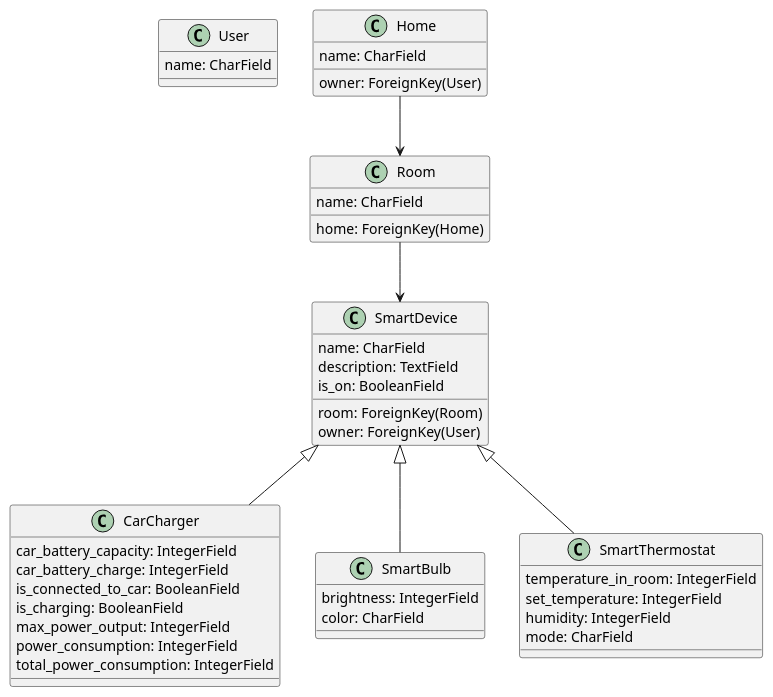
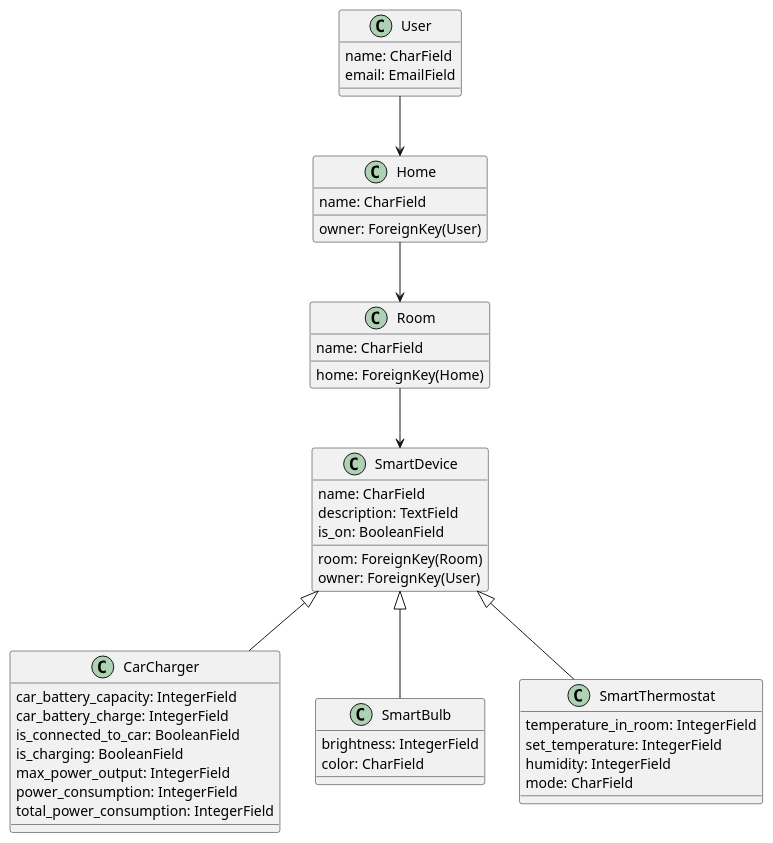
The diagram in homeapp/EasyHome.puml (StefanBStrand/SETGruppe11HIOF), drawn with PlantUML before and after one commit.

Commit message:
Lagt på siste variablene på User i klassediagramet

```diff
--- a/homeapp/EasyHome.puml
+++ b/homeapp/EasyHome.puml
@@ -1,56 +1,59 @@
 @startuml
 'https://plantuml.com/class-diagram
 
 class User {
     name: CharField
+    email: EmailField
 
 }
 
 class Home {
     name: CharField
     owner: ForeignKey(User)
 }
 
 class Room {
     name: CharField
     home: ForeignKey(Home)
 }
 
 class SmartDevice{
     name: CharField
     room: ForeignKey(Room)
     owner: ForeignKey(User)
     description: TextField
     is_on: BooleanField
 }
 
 class CarCharger{
     car_battery_capacity: IntegerField
     car_battery_charge: IntegerField
     is_connected_to_car: BooleanField
     is_charging: BooleanField
     max_power_output: IntegerField
     power_consumption: IntegerField
     total_power_consumption: IntegerField
 }
 
 class SmartBulb{
     brightness: IntegerField
     color: CharField
 }
 
 class SmartThermostat {
     temperature_in_room: IntegerField
     set_temperature: IntegerField
     humidity: IntegerField
     mode: CharField
 }
 
 SmartDevice <|-- CarCharger
 SmartDevice <|-- SmartBulb
 SmartDevice <|-- SmartThermostat
 
+User --> Home
 Home --> Room
 Room --> SmartDevice
 
+
 @enduml
```
